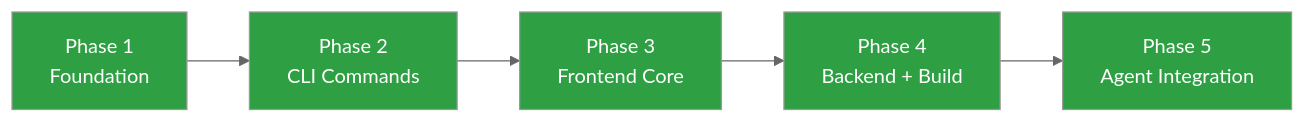
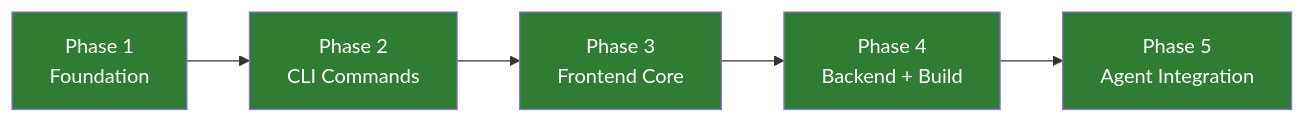
The diagram in status.md (alohays/monitor-forge), drawn with Mermaid before and after one commit. The commit also changed 1 other file, not shown here.

Commit message:
docs: improve Mermaid diagram readability for GitHub dark/light mode
- Remove %%{init}%% theme overrides that disable GitHub auto-detection
- Darken classDef fills to Material Design 800 shades (WCAG AA compliant)
- Add emoji labels, varied node shapes, and thick/dotted arrows
- All node text now has >= 4.5:1 contrast ratio with fill color
- Nodes visible against both light (#fff) and dark (#0d1117) canvas

````diff
--- a/status.md
+++ b/status.md
@@ -5,10 +5,9 @@
 ```mermaid
-%%{init: {'theme': 'neutral'}}%%
 graph LR
     P1["Phase 1<br/>Foundation"] --> P2["Phase 2<br/>CLI Commands"] --> P3["Phase 3<br/>Frontend Core"] --> P4["Phase 4<br/>Backend + Build"] --> P5["Phase 5<br/>Agent Integration"]
-    style P1 fill:#2ea043,color:#fff
-    style P2 fill:#2ea043,color:#fff
-    style P3 fill:#2ea043,color:#fff
-    style P4 fill:#2ea043,color:#fff
-    style P5 fill:#2ea043,color:#fff
+    style P1 fill:#2E7D32,color:#fff
+    style P2 fill:#2E7D32,color:#fff
+    style P3 fill:#2E7D32,color:#fff
+    style P4 fill:#2E7D32,color:#fff
+    style P5 fill:#2E7D32,color:#fff
 ```
````
